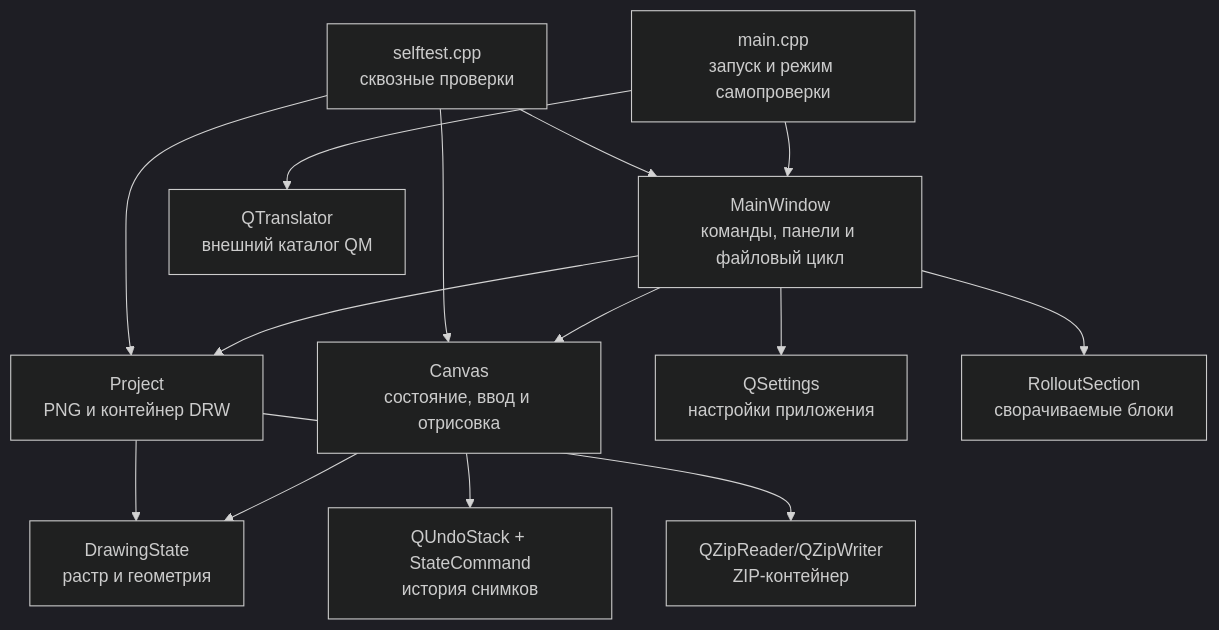
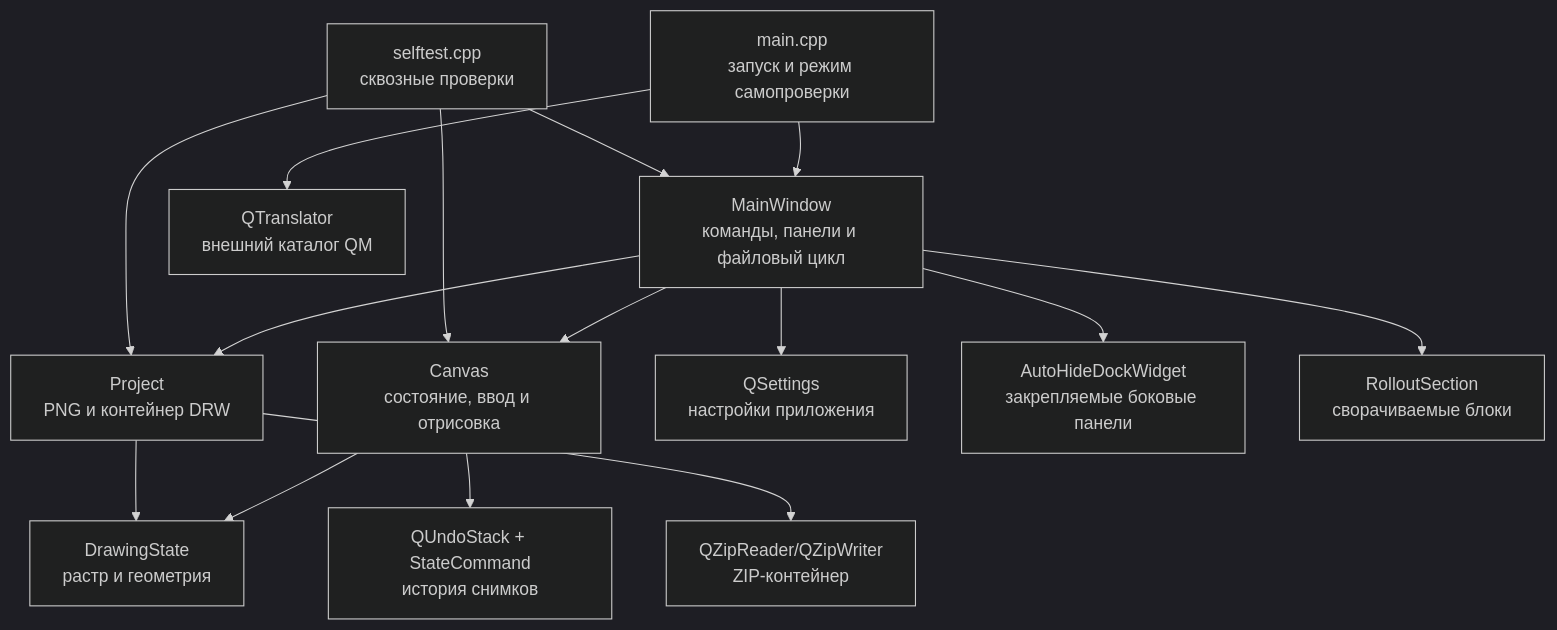
The diagram in docs/architecture.md (imalyavskiy/TechDrawGraphicsEditor), drawn with Mermaid (dark theme) before and after one commit. The commit also changed other lines of this file and 2 other files, not shown here.

````diff
--- a/docs/architecture.md
+++ b/docs/architecture.md
@@ -11,16 +11,17 @@
 ```mermaid
 flowchart TD
     Main[main.cpp<br/>запуск и режим самопроверки] --> Window[MainWindow<br/>команды, панели и файловый цикл]
     Window --> Canvas[Canvas<br/>состояние, ввод и отрисовка]
     Window --> Project[Project<br/>PNG и контейнер DRW]
     Window --> Settings[QSettings<br/>настройки приложения]
+    Window --> AutoHide[AutoHideDockWidget<br/>закрепляемые боковые панели]
     Window --> Rollout[RolloutSection<br/>сворачиваемые блоки]
     Main --> Translator[QTranslator<br/>внешний каталог QM]
     Canvas --> State[DrawingState<br/>растр и геометрия]
     Canvas --> Undo[QUndoStack + StateCommand<br/>история снимков]
     Project --> State
     Project --> Archive[QZipReader/QZipWriter<br/>ZIP-контейнер]
     SelfTest[selftest.cpp<br/>сквозные проверки] --> Window
     SelfTest --> Canvas
     SelfTest --> Project
 ```
````
